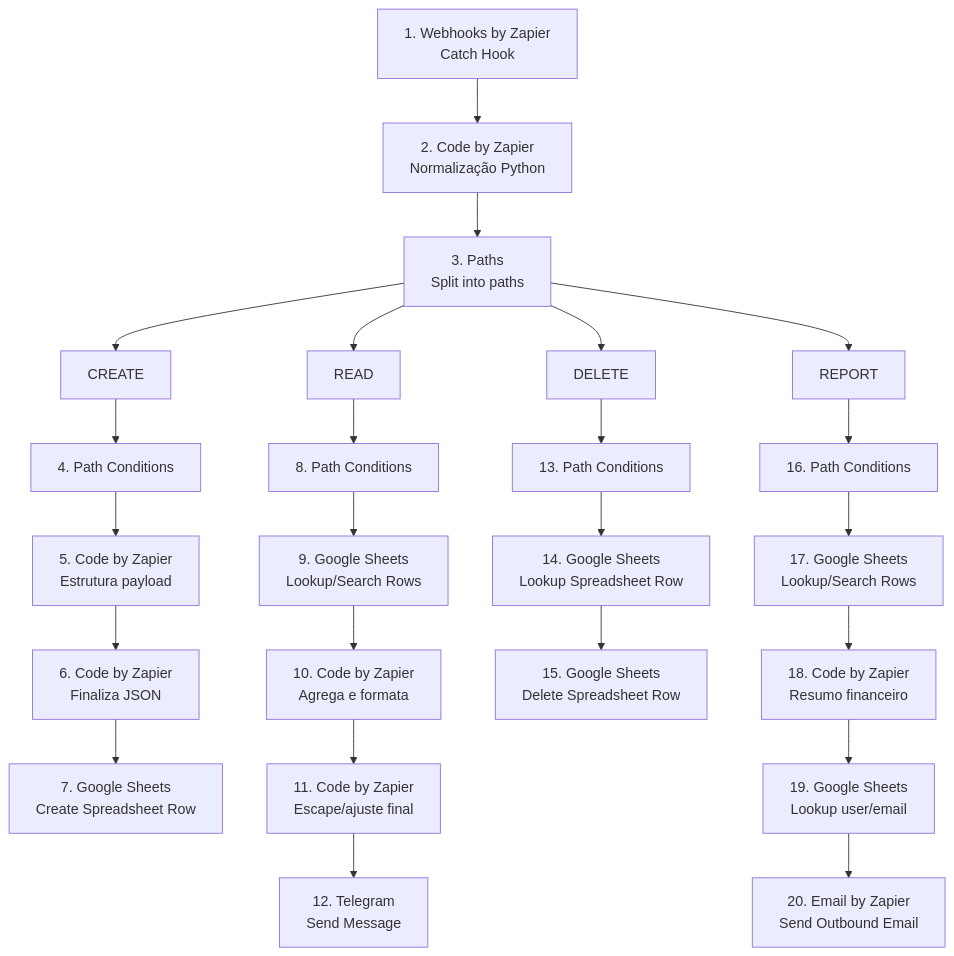
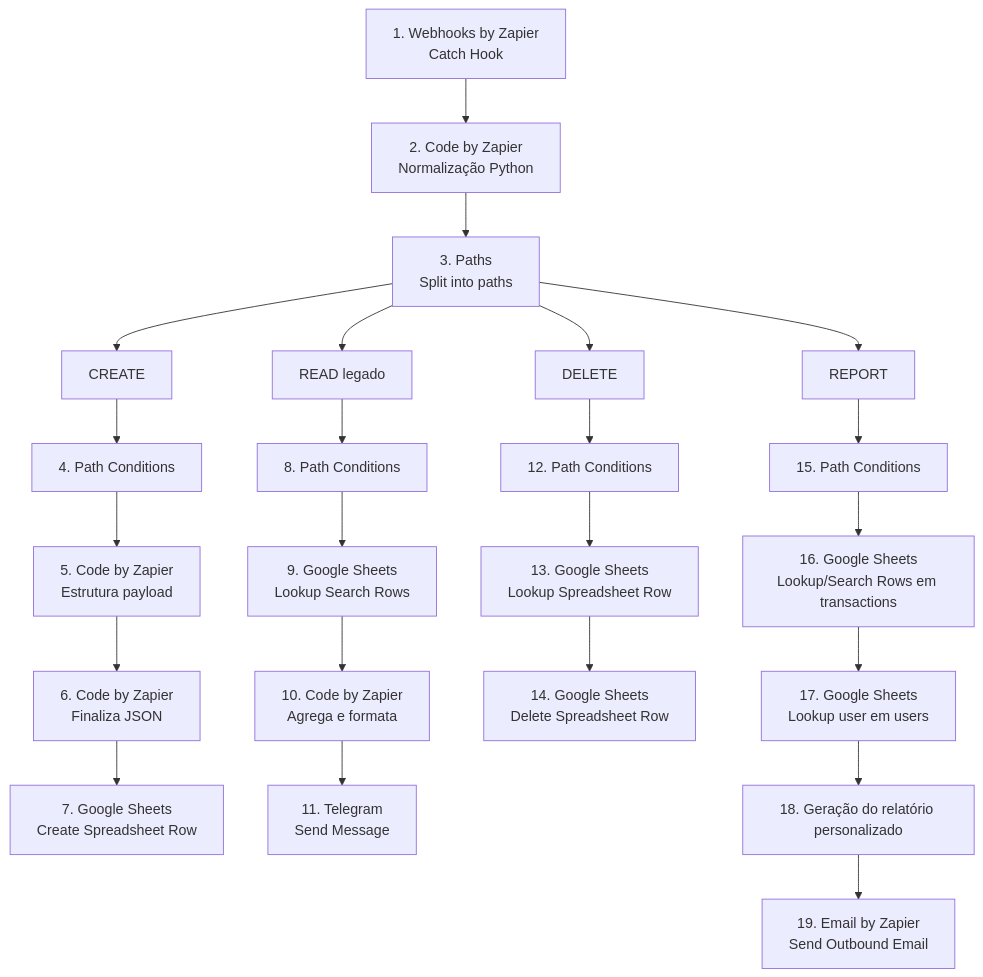
One commit to joaa0/FinLeo changed the second of 3 diagrams in README.md. Above: the diagram before and after it, drawn with Mermaid. The commit also changed other lines of this file and 3 other files, not shown here.

````diff
--- a/README.md
+++ b/README.md
@@ -67,30 +50,29 @@
 ```mermaid
 graph TD
-    A[1. Webhooks by Zapier\nCatch Hook] --> B[2. Code by Zapier\nNormalização Python]
-    B --> C[3. Paths\nSplit into paths]
+    A[1. Webhooks by Zapier<br/>Catch Hook] --> B[2. Code by Zapier<br/>Normalização Python]
+    B --> C[3. Paths<br/>Split into paths]
 
     C --> D[CREATE]
     D --> D1[4. Path Conditions]
-    D1 --> D2[5. Code by Zapier\nEstrutura payload]
-    D2 --> D3[6. Code by Zapier\nFinaliza JSON]
-    D3 --> D4[7. Google Sheets\nCreate Spreadsheet Row]
+    D1 --> D2[5. Code by Zapier<br/>Estrutura payload]
+    D2 --> D3[6. Code by Zapier<br/>Finaliza JSON]
+    D3 --> D4[7. Google Sheets<br/>Create Spreadsheet Row]
 
-    C --> E[READ]
+    C --> E[READ legado]
     E --> E1[8. Path Conditions]
-    E1 --> E2[9. Google Sheets\nLookup/Search Rows]
-    E2 --> E3[10. Code by Zapier\nAgrega e formata]
-    E3 --> E4[11. Code by Zapier\nEscape/ajuste final]
-    E4 --> E5[12. Telegram\nSend Message]
+    E1 --> E2[9. Google Sheets<br/>Lookup Search Rows]
+    E2 --> E3[10. Code by Zapier<br/>Agrega e formata]
+    E3 --> E4[11. Telegram<br/>Send Message]
 
     C --> F[DELETE]
-    F --> F1[13. Path Conditions]
-    F1 --> F2[14. Google Sheets\nLookup Spreadsheet Row]
-    F2 --> F3[15. Google Sheets\nDelete Spreadsheet Row]
+    F --> F1[12. Path Conditions]
+    F1 --> F2[13. Google Sheets<br/>Lookup Spreadsheet Row]
+    F2 --> F3[14. Google Sheets<br/>Delete Spreadsheet Row]
 
     C --> G[REPORT]
-    G --> G1[16. Path Conditions]
-    G1 --> G2[17. Google Sheets\nLookup/Search Rows]
-    G2 --> G3[18. Code by Zapier\nResumo financeiro]
-    G3 --> G4[19. Google Sheets\nLookup user/email]
-    G4 --> G5[20. Email by Zapier\nSend Outbound Email]
+    G --> G1[15. Path Conditions]
+    G1 --> G2[16. Google Sheets<br/>Lookup/Search Rows em transactions]
+    G2 --> G3[17. Google Sheets<br/>Lookup user em users]
+    G3 --> G4[18. Geração do relatório personalizado]
+    G4 --> G5[19. Email by Zapier<br/>Send Outbound Email]
 ```
````
